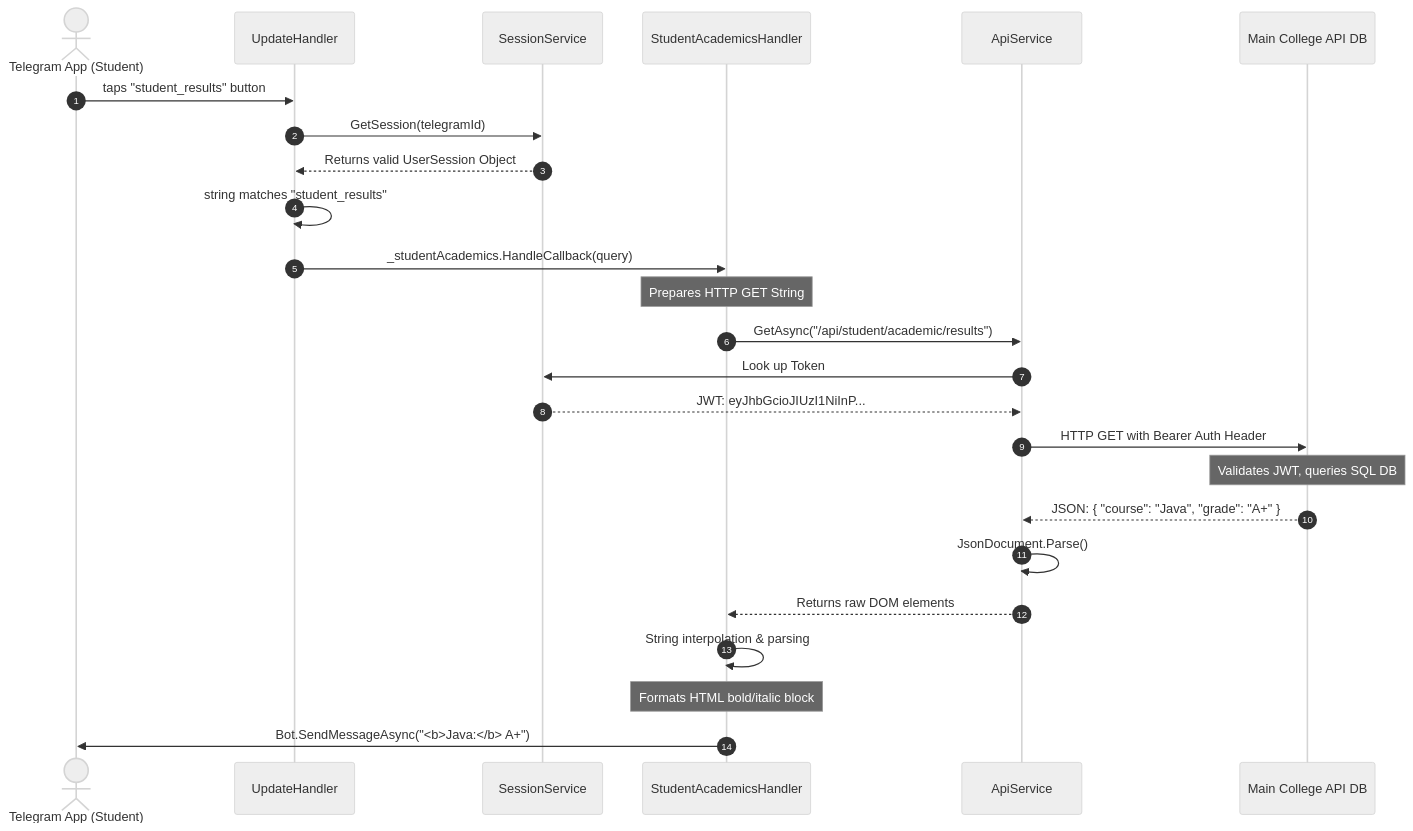
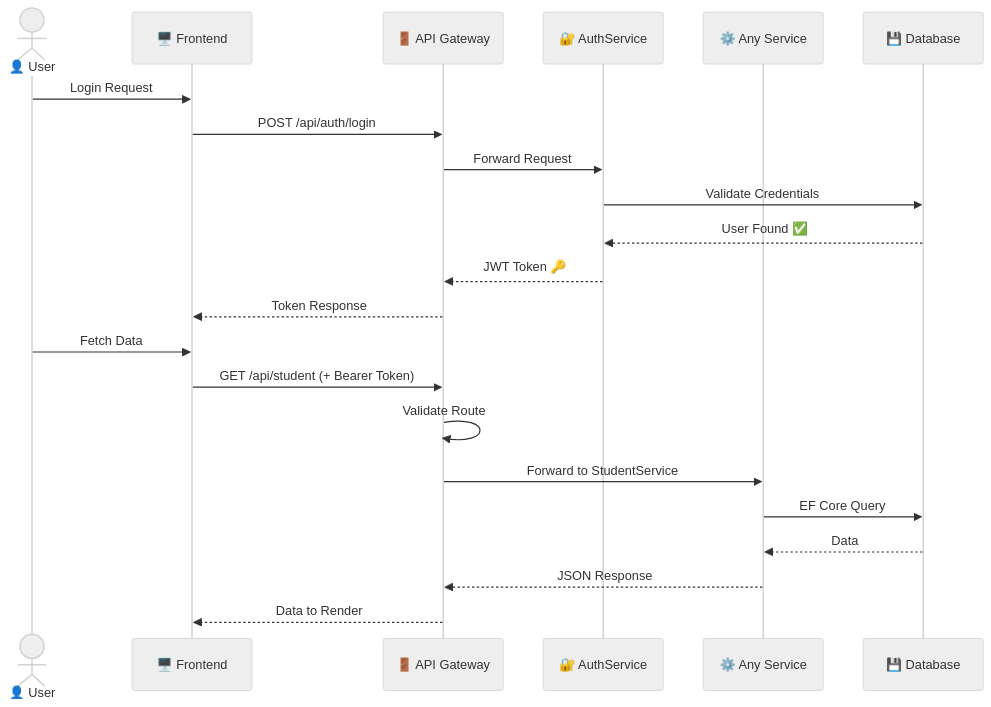
One commit to rahulroshiya22/CollegeManagementSystem changed the second of 7 diagrams in README.md. Above: the diagram before and after it, drawn with Mermaid (neutral theme). The commit also changed other lines of this file and 1 other file, not shown here.

Commit message:
feat: comprehensive README with diagrams + AI service 20 improvements

````diff
--- a/README.md
+++ b/README.md
@@ -433,36 +188,26 @@
 ```mermaid
 sequenceDiagram
-    autonumber
-    actor Stud as Telegram App (Student)
-    participant UpdateHand as UpdateHandler
-    participant SessSvc as SessionService
-    participant StudAcad as StudentAcademicsHandler
-    participant ApiSvc as ApiService
-    participant CMS as Main College API DB
+    actor User as 👤 User
+    participant FE as 🖥️ Frontend
+    participant GW as 🚪 API Gateway
+    participant Auth as 🔐 AuthService
+    participant Svc as ⚙️ Any Service
+    participant DB as 💾 Database
 
-    Stud->>UpdateHand: taps "student_results" button
-    
-    UpdateHand->>SessSvc: GetSession(telegramId)
-    SessSvc-->>UpdateHand: Returns valid UserSession Object
-    
-    UpdateHand->>UpdateHand: string matches "student_results"
-    UpdateHand->>StudAcad: _studentAcademics.HandleCallback(query)
-    
-    Note over StudAcad: Prepares HTTP GET String
-    StudAcad->>ApiSvc: GetAsync("/api/student/academic/results")
-    
-    ApiSvc->>SessSvc: Look up Token
-    SessSvc-->>ApiSvc: JWT: eyJhbGcioJIUzI1NiInP...
-    
-    ApiSvc->>CMS: HTTP GET with Bearer Auth Header
-    Note over CMS: Validates JWT, queries SQL DB
-    CMS-->>ApiSvc: JSON: { "course": "Java", "grade": "A+" }
-    
-    ApiSvc->>ApiSvc: JsonDocument.Parse()
-    ApiSvc-->>StudAcad: Returns raw DOM elements
-    
-    StudAcad->>StudAcad: String interpolation & parsing
-    
-    Note over StudAcad: Formats HTML bold/italic block
-    StudAcad->>Stud: Bot.SendMessageAsync("<b>Java:</b> A+")
+    User->>FE: Login Request
+    FE->>GW: POST /api/auth/login
+    GW->>Auth: Forward Request
+    Auth->>DB: Validate Credentials
+    DB-->>Auth: User Found ✅
+    Auth-->>GW: JWT Token 🔑
+    GW-->>FE: Token Response
+
+    User->>FE: Fetch Data
+    FE->>GW: GET /api/student (+ Bearer Token)
+    GW->>GW: Validate Route
+    GW->>Svc: Forward to StudentService
+    Svc->>DB: EF Core Query
+    DB-->>Svc: Data
+    Svc-->>GW: JSON Response
+    GW-->>FE: Data to Render
 ```
````
